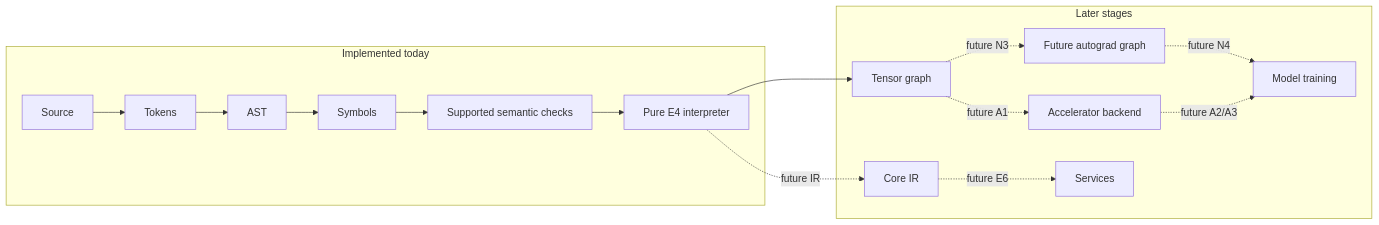
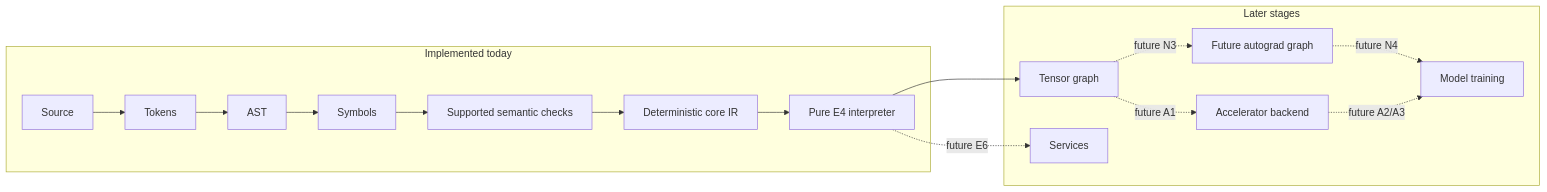
Before and after one commit to marcosbuilds/Seloryn: the diagram in docs/project/architecture.md, drawn with Mermaid. The commit also changed other lines of this file and 19 other files, not shown here.

````diff
--- a/docs/project/architecture.md
+++ b/docs/project/architecture.md
@@ -7,25 +7,24 @@
 ```mermaid
 flowchart LR
     subgraph A1[Implemented today]
         A[Source] --> B[Tokens]
         B --> C[AST]
         C --> D[Symbols]
         D --> E[Supported semantic checks]
-        E --> F[Pure E4 interpreter]
+        E --> F[Deterministic core IR]
+        F --> G[Pure E4 interpreter]
     end
     subgraph A2[Later stages]
-        G[Core IR]
         H[Tensor graph]
         I[Future autograd graph]
         J[Accelerator backend]
         K[Services]
         L[Model training]
     end
-    F -. future IR .-> G
-    F --> H
+    G --> H
     H -. future N3 .-> I
     H -. future A1 .-> J
     G -. future E6 .-> K
     I -. future N4 .-> L
     J -. future A2/A3 .-> L
 ```
````
